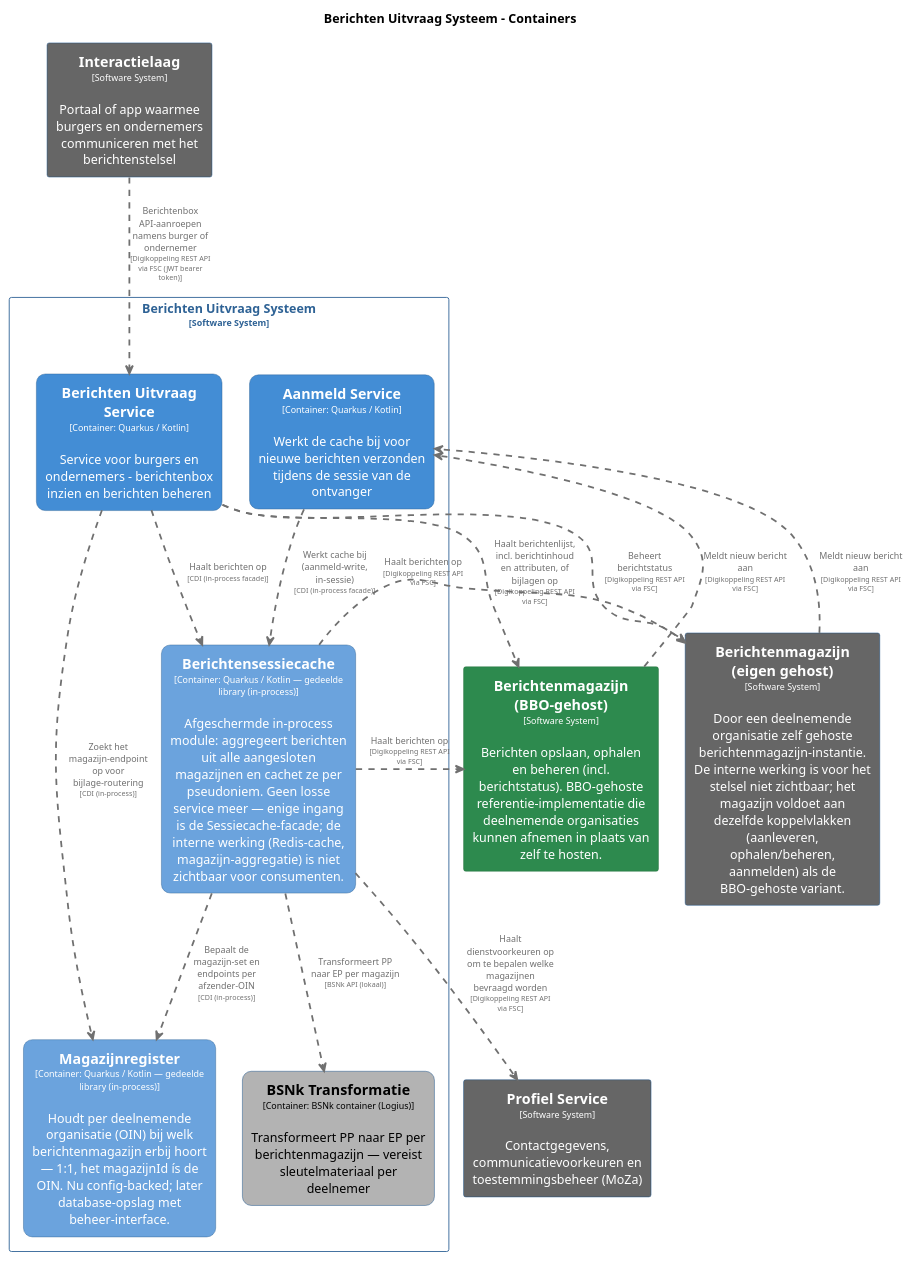
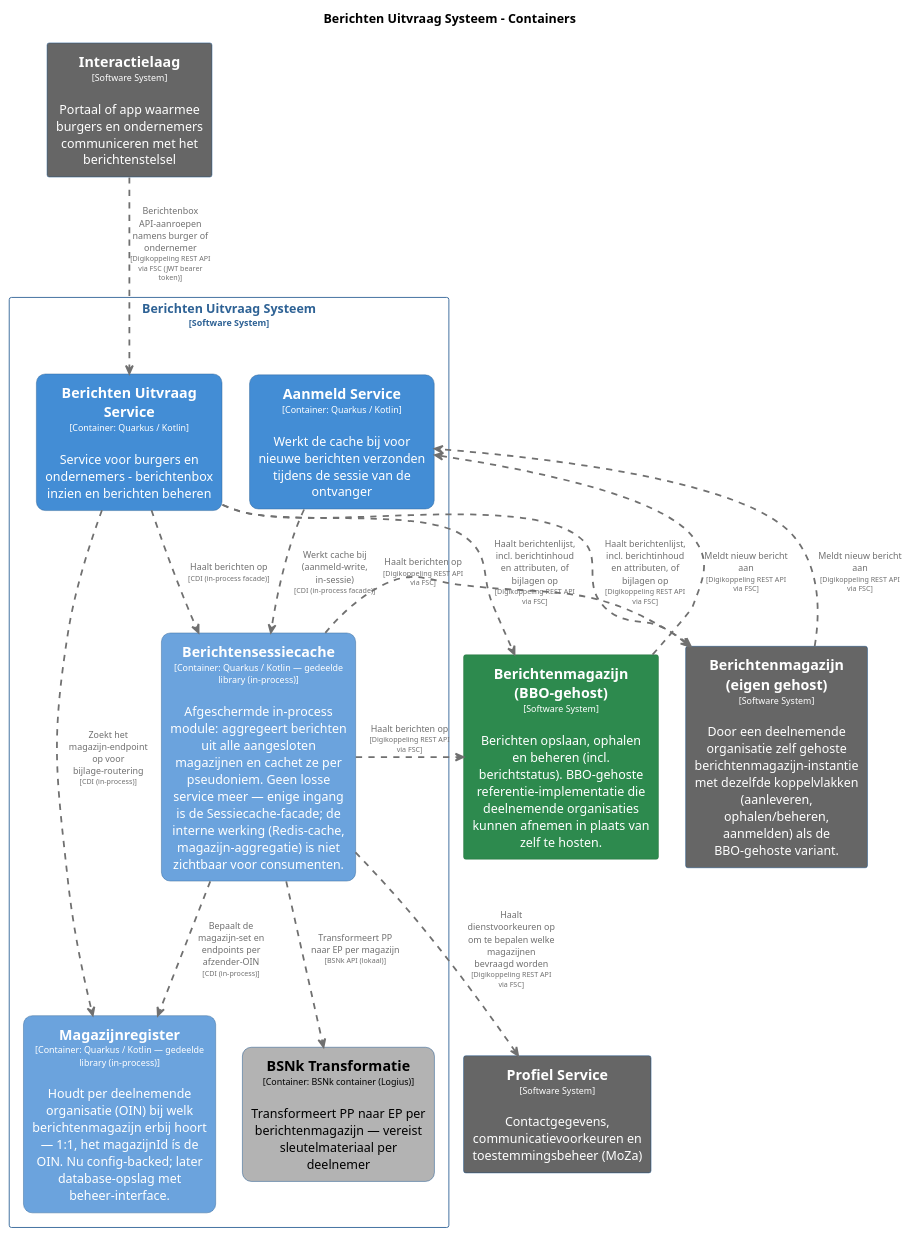
One commit to MinBZK/moza-poc-fbs-berichtenbox changed the diagram in pr-preview/pr-95/master/puml/BerichtenUitvraagSysteemContainers.puml. Above: the diagram before and after it, drawn with PlantUML. The commit also changed 31 other files, not shown here.

```diff
--- a/pr-preview/pr-95/master/puml/BerichtenUitvraagSysteemContainers.puml
+++ b/pr-preview/pr-95/master/puml/BerichtenUitvraagSysteemContainers.puml
@@ -1,109 +1,109 @@
 @startuml
 set separator none
 title Berichten Uitvraag Systeem - Containers
 
 top to bottom direction
 skinparam ranksep 60
 skinparam nodesep 30
 
 skinparam {
   arrowFontSize 10
   defaultTextAlignment center
   wrapWidth 200
   maxMessageSize 100
 }
 
 hide stereotype
 
 skinparam rectangle<<BerichtenUitvraagSysteem.AanmeldService>> {
   BackgroundColor #438dd5
   FontColor #ffffff
   BorderColor #2e6295
   roundCorner 20
   shadowing false
 }
 skinparam rectangle<<BerichtenUitvraagSysteem.BSNkTransformatie>> {
   BackgroundColor #b3b3b3
   FontColor #000000
   BorderColor #0b4884
   roundCorner 20
   shadowing false
 }
 skinparam rectangle<<BerichtenUitvraagSysteem.BerichtenUitvraagService>> {
   BackgroundColor #438dd5
   FontColor #ffffff
   BorderColor #2e6295
   roundCorner 20
   shadowing false
 }
 skinparam rectangle<<BerichtenmagazijnBBOgehost>> {
   BackgroundColor #2d8a4e
   FontColor #ffffff
   BorderColor #1e6b38
   shadowing false
 }
 skinparam rectangle<<Berichtenmagazijneigengehost>> {
   BackgroundColor #666666
   FontColor #ffffff
   BorderColor #0b4884
   shadowing false
 }
 skinparam rectangle<<BerichtenUitvraagSysteem.Berichtensessiecache>> {
   BackgroundColor #6ba3dd
   FontColor #ffffff
   BorderColor #2e6295
   roundCorner 20
   shadowing false
 }
 skinparam rectangle<<Interactielaag>> {
   BackgroundColor #666666
   FontColor #ffffff
   BorderColor #0b4884
   shadowing false
 }
 skinparam rectangle<<BerichtenUitvraagSysteem.Magazijnregister>> {
   BackgroundColor #6ba3dd
   FontColor #ffffff
   BorderColor #2e6295
   roundCorner 20
   shadowing false
 }
 skinparam rectangle<<ProfielService>> {
   BackgroundColor #666666
   FontColor #ffffff
   BorderColor #0b4884
   shadowing false
 }
 skinparam rectangle<<BerichtenUitvraagSysteem>> {
   BorderColor #2e6295
   FontColor #2e6295
   shadowing false
 }
 
 rectangle "==Profiel Service\n<size:10>[Software System]</size>\n\nContactgegevens, communicatievoorkeuren en toestemmingsbeheer (MoZa)" <<ProfielService>> as ProfielService
 rectangle "==Interactielaag\n<size:10>[Software System]</size>\n\nPortaal of app waarmee burgers en ondernemers communiceren met het berichtenstelsel" <<Interactielaag>> as Interactielaag
-rectangle "==Berichtenmagazijn (eigen gehost)\n<size:10>[Software System]</size>\n\nDoor een deelnemende organisatie zelf gehoste berichtenmagazijn-instantie. De interne werking is voor het stelsel niet zichtbaar; het magazijn voldoet aan dezelfde koppelvlakken (aanleveren, ophalen/beheren, aanmelden) als de BBO-gehoste variant." <<Berichtenmagazijneigengehost>> as Berichtenmagazijneigengehost
+rectangle "==Berichtenmagazijn (eigen gehost)\n<size:10>[Software System]</size>\n\nDoor een deelnemende organisatie zelf gehoste berichtenmagazijn-instantie met dezelfde koppelvlakken (aanleveren, ophalen/beheren, aanmelden) als de BBO-gehoste variant." <<Berichtenmagazijneigengehost>> as Berichtenmagazijneigengehost
 rectangle "==Berichtenmagazijn (BBO-gehost)\n<size:10>[Software System]</size>\n\nBerichten opslaan, ophalen en beheren (incl. berichtstatus). BBO-gehoste referentie-implementatie die deelnemende organisaties kunnen afnemen in plaats van zelf te hosten." <<BerichtenmagazijnBBOgehost>> as BerichtenmagazijnBBOgehost
 
 rectangle "Berichten Uitvraag Systeem\n<size:10>[Software System]</size>" <<BerichtenUitvraagSysteem>> {
   rectangle "==Berichtensessiecache\n<size:10>[Container: Quarkus / Kotlin — gedeelde library (in-process)]</size>\n\nAfgeschermde in-process module: aggregeert berichten uit alle aangesloten magazijnen en cachet ze per pseudoniem. Geen losse service meer — enige ingang is de Sessiecache-facade; de interne werking (Redis-cache, magazijn-aggregatie) is niet zichtbaar voor consumenten." <<BerichtenUitvraagSysteem.Berichtensessiecache>> as BerichtenUitvraagSysteem.Berichtensessiecache
   rectangle "==Berichten Uitvraag Service\n<size:10>[Container: Quarkus / Kotlin]</size>\n\nService voor burgers en ondernemers - berichtenbox inzien en berichten beheren" <<BerichtenUitvraagSysteem.BerichtenUitvraagService>> as BerichtenUitvraagSysteem.BerichtenUitvraagService
   rectangle "==BSNk Transformatie\n<size:10>[Container: BSNk container (Logius)]</size>\n\nTransformeert PP naar EP per berichtenmagazijn — vereist sleutelmateriaal per deelnemer" <<BerichtenUitvraagSysteem.BSNkTransformatie>> as BerichtenUitvraagSysteem.BSNkTransformatie
   rectangle "==Aanmeld Service\n<size:10>[Container: Quarkus / Kotlin]</size>\n\nWerkt de cache bij voor nieuwe berichten verzonden tijdens de sessie van de ontvanger" <<BerichtenUitvraagSysteem.AanmeldService>> as BerichtenUitvraagSysteem.AanmeldService
   rectangle "==Magazijnregister\n<size:10>[Container: Quarkus / Kotlin — gedeelde library (in-process)]</size>\n\nHoudt per deelnemende organisatie (OIN) bij welk berichtenmagazijn erbij hoort — 1:1, het magazijnId ís de OIN. Nu config-backed; later database-opslag met beheer-interface." <<BerichtenUitvraagSysteem.Magazijnregister>> as BerichtenUitvraagSysteem.Magazijnregister
 }
 
 BerichtenUitvraagSysteem.BerichtenUitvraagService .[#707070,thickness=2].> BerichtenmagazijnBBOgehost : "<color:#707070>Haalt berichtenlijst, incl. berichtinhoud en attributen, of bijlagen op\n<color:#707070><size:8>[Digikoppeling REST API via FSC]</size>"
 BerichtenmagazijnBBOgehost .[#707070,thickness=2].> BerichtenUitvraagSysteem.AanmeldService : "<color:#707070>Meldt nieuw bericht aan\n<color:#707070><size:8>[Digikoppeling REST API via FSC]</size>"
+BerichtenUitvraagSysteem.BerichtenUitvraagService .[#707070,thickness=2].> Berichtenmagazijneigengehost : "<color:#707070>Haalt berichtenlijst, incl. berichtinhoud en attributen, of bijlagen op\n<color:#707070><size:8>[Digikoppeling REST API via FSC]</size>"
+BerichtenUitvraagSysteem.Berichtensessiecache .[#707070,thickness=2].> Berichtenmagazijneigengehost : "<color:#707070>Haalt berichten op\n<color:#707070><size:8>[Digikoppeling REST API via FSC]</size>"
 Berichtenmagazijneigengehost .[#707070,thickness=2].> BerichtenUitvraagSysteem.AanmeldService : "<color:#707070>Meldt nieuw bericht aan\n<color:#707070><size:8>[Digikoppeling REST API via FSC]</size>"
-BerichtenUitvraagSysteem.Berichtensessiecache .[#707070,thickness=2].> Berichtenmagazijneigengehost : "<color:#707070>Haalt berichten op\n<color:#707070><size:8>[Digikoppeling REST API via FSC]</size>"
-BerichtenUitvraagSysteem.BerichtenUitvraagService .[#707070,thickness=2].> Berichtenmagazijneigengehost : "<color:#707070>Beheert berichtstatus\n<color:#707070><size:8>[Digikoppeling REST API via FSC]</size>"
 BerichtenUitvraagSysteem.Berichtensessiecache .[#707070,thickness=2].> ProfielService : "<color:#707070>Haalt dienstvoorkeuren op om te bepalen welke magazijnen bevraagd worden\n<color:#707070><size:8>[Digikoppeling REST API via FSC]</size>"
 BerichtenUitvraagSysteem.Berichtensessiecache .[#707070,thickness=2].> BerichtenmagazijnBBOgehost : "<color:#707070>Haalt berichten op\n<color:#707070><size:8>[Digikoppeling REST API via FSC]</size>"
 BerichtenUitvraagSysteem.Berichtensessiecache .[#707070,thickness=2].> BerichtenUitvraagSysteem.BSNkTransformatie : "<color:#707070>Transformeert PP naar EP per magazijn\n<color:#707070><size:8>[BSNk API (lokaal)]</size>"
 BerichtenUitvraagSysteem.AanmeldService .[#707070,thickness=2].> BerichtenUitvraagSysteem.Berichtensessiecache : "<color:#707070>Werkt cache bij (aanmeld-write, in-sessie)\n<color:#707070><size:8>[CDI (in-process facade)]</size>"
 BerichtenUitvraagSysteem.BerichtenUitvraagService .[#707070,thickness=2].> BerichtenUitvraagSysteem.Berichtensessiecache : "<color:#707070>Haalt berichten op\n<color:#707070><size:8>[CDI (in-process facade)]</size>"
 BerichtenUitvraagSysteem.Berichtensessiecache .[#707070,thickness=2].> BerichtenUitvraagSysteem.Magazijnregister : "<color:#707070>Bepaalt de magazijn-set en endpoints per afzender-OIN\n<color:#707070><size:8>[CDI (in-process)]</size>"
 BerichtenUitvraagSysteem.BerichtenUitvraagService .[#707070,thickness=2].> BerichtenUitvraagSysteem.Magazijnregister : "<color:#707070>Zoekt het magazijn-endpoint op voor bijlage-routering\n<color:#707070><size:8>[CDI (in-process)]</size>"
 Interactielaag .[#707070,thickness=2].> BerichtenUitvraagSysteem.BerichtenUitvraagService : "<color:#707070>Berichtenbox API-aanroepen namens burger of ondernemer\n<color:#707070><size:8>[Digikoppeling REST API via FSC (JWT bearer token)]</size>"
 @enduml
```
